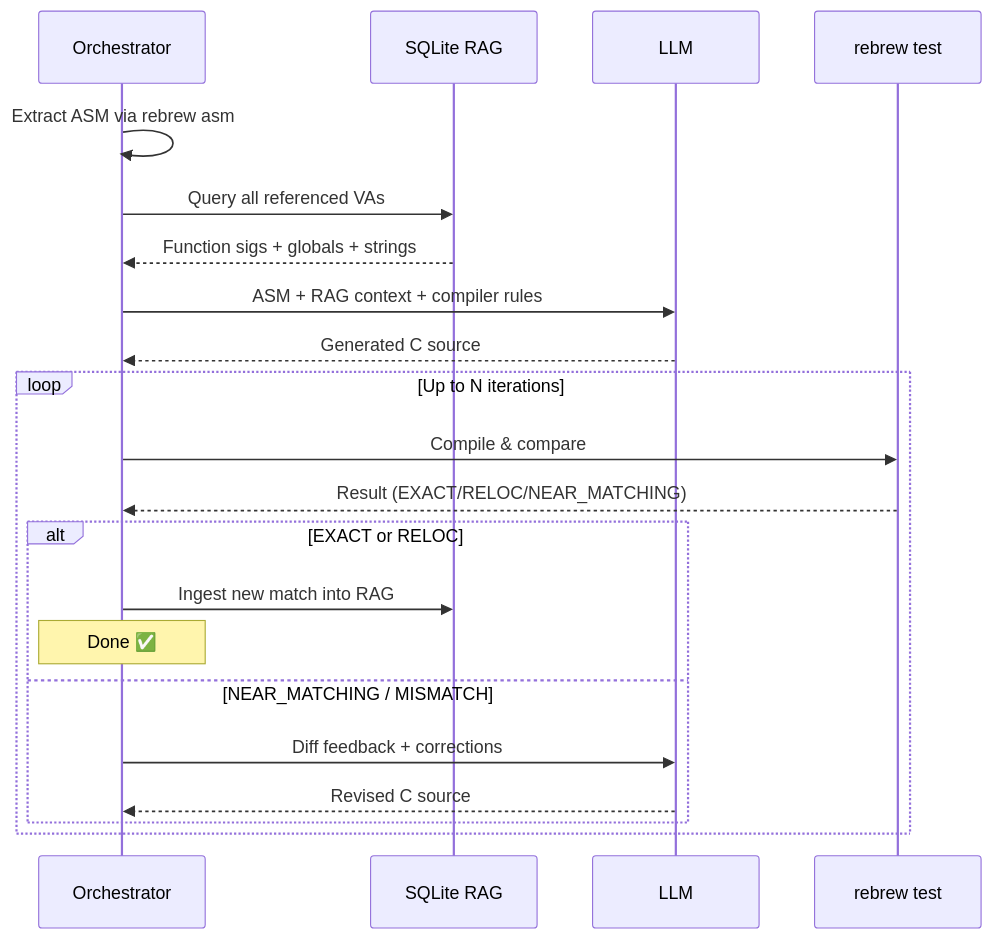
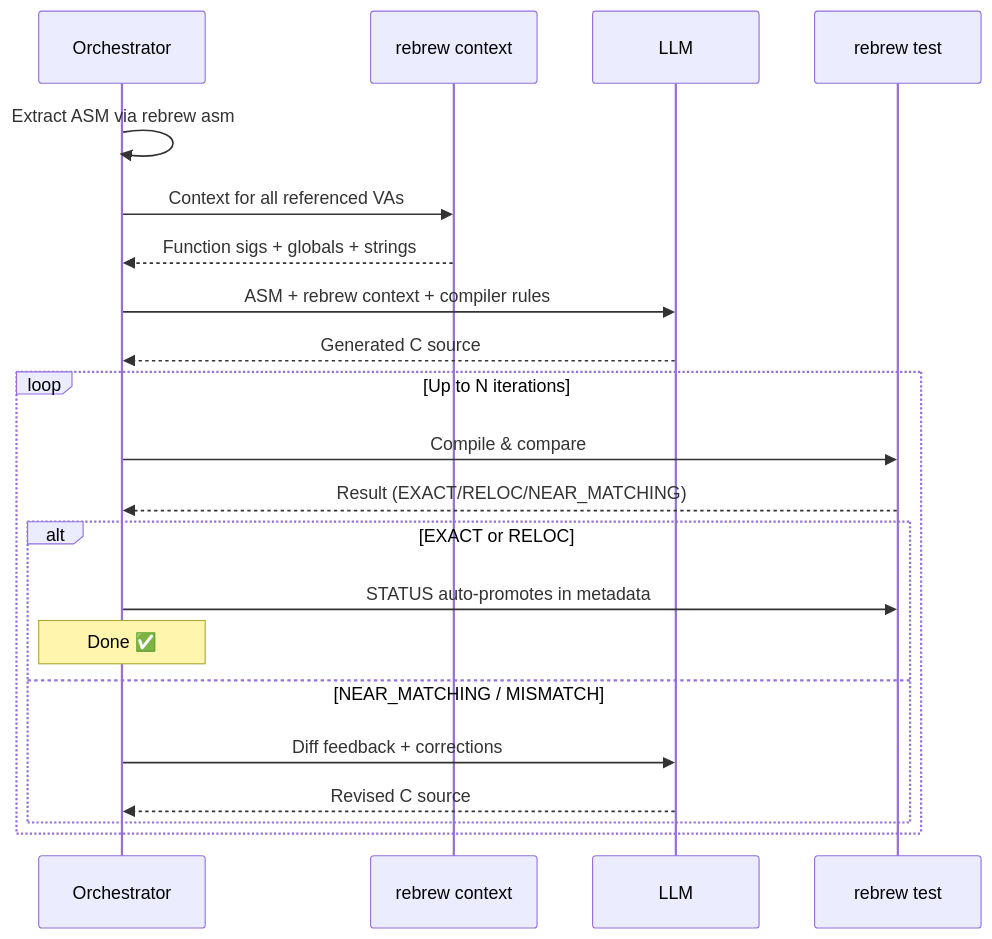
One commit to maci0/rebrew changed the sixth of 16 diagrams in docs/USER_STORIES.md. Above: the diagram before and after it, drawn with Mermaid. The commit also changed other lines of this file and 11 other files, not shown here.

First line of the commit message:
docs, skills, flowcharts synced to the CLI; globals.status persisted

````diff
--- a/docs/USER_STORIES.md
+++ b/docs/USER_STORIES.md
@@ -182,25 +183,25 @@
 ```mermaid
 sequenceDiagram
     participant O as Orchestrator
-    participant DB as SQLite RAG
+    participant Ctx as rebrew context
     participant LLM as LLM
     participant T as rebrew test
 
     O->>O: Extract ASM via rebrew asm
-    O->>DB: Query all referenced VAs
-    DB-->>O: Function sigs + globals + strings
-    O->>LLM: ASM + RAG context + compiler rules
+    O->>Ctx: Context for all referenced VAs
+    Ctx-->>O: Function sigs + globals + strings
+    O->>LLM: ASM + rebrew context + compiler rules
     LLM-->>O: Generated C source
 
     loop Up to N iterations
         O->>T: Compile & compare
         T-->>O: Result (EXACT/RELOC/NEAR_MATCHING)
         alt EXACT or RELOC
-            O->>DB: Ingest new match into RAG
+            O->>T: STATUS auto-promotes in metadata
             Note over O: Done ✅
         else NEAR_MATCHING / MISMATCH
             O->>LLM: Diff feedback + corrections
             LLM-->>O: Revised C source
         end
     end
 ```
````
